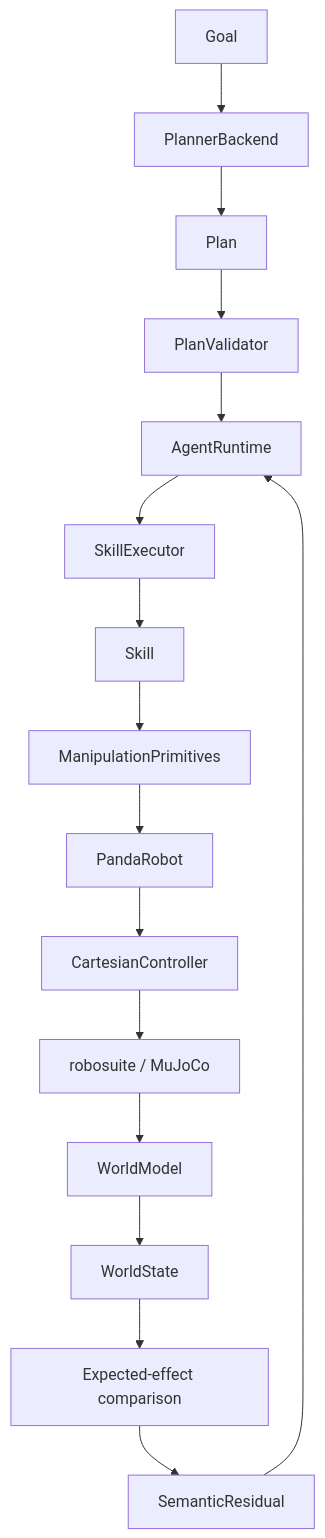
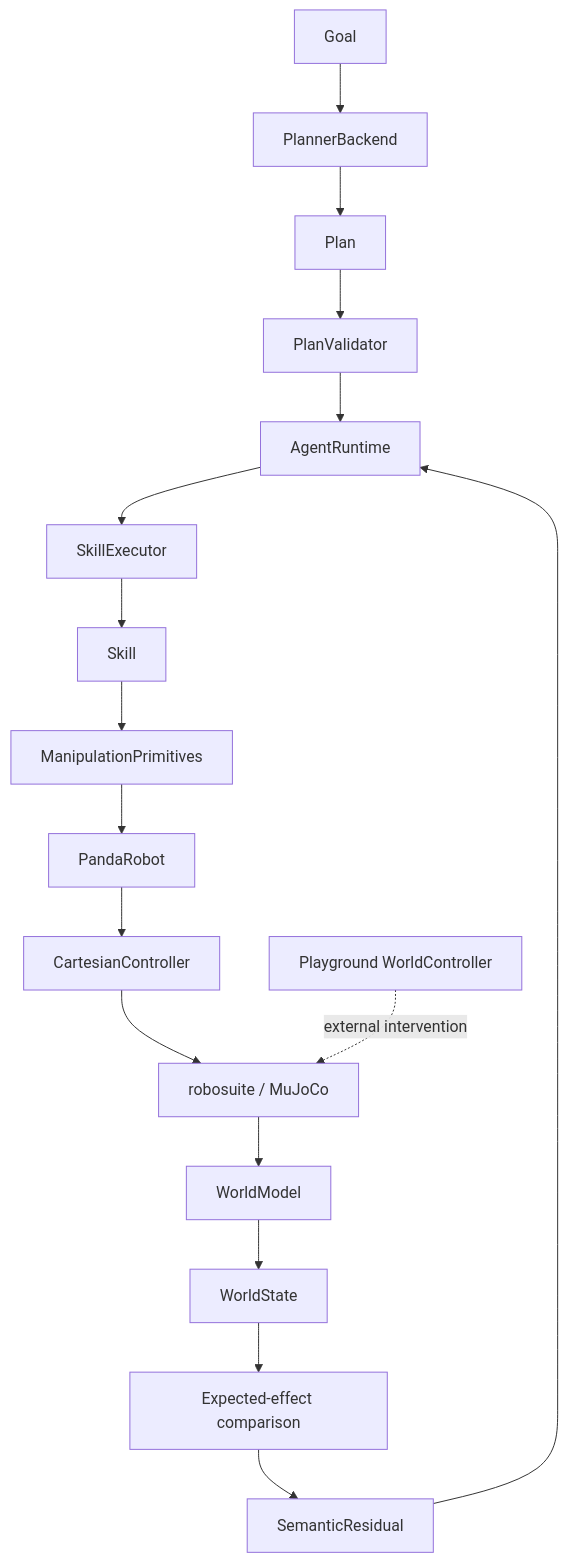
Before and after one commit to Block-O2/semantic-manipulation-stack: the diagram in docs/architecture.md, drawn with Mermaid. The commit also changed other lines of this file and 29 other files, not shown here.

Commit message:
Add dynamic world manipulation playground

````diff
--- a/docs/architecture.md
+++ b/docs/architecture.md
@@ -9,19 +9,21 @@
 ```mermaid
 flowchart TD
     G["Goal"] --> P["PlannerBackend"]
     P --> PL["Plan"]
     PL --> V["PlanValidator"]
     V --> A["AgentRuntime"]
     A --> E["SkillExecutor"]
     E --> S["Skill"]
     S --> PR["ManipulationPrimitives"]
     PR --> R["PandaRobot"]
     R --> C["CartesianController"]
     C --> SIM["robosuite / MuJoCo"]
 
     SIM --> WM["WorldModel"]
     WM --> WS["WorldState"]
     WS --> EV["Expected-effect comparison"]
     EV --> RES["SemanticResidual"]
     RES --> A
+
+    WC["Playground WorldController"] -. "external intervention" .-> SIM
 ```
````
